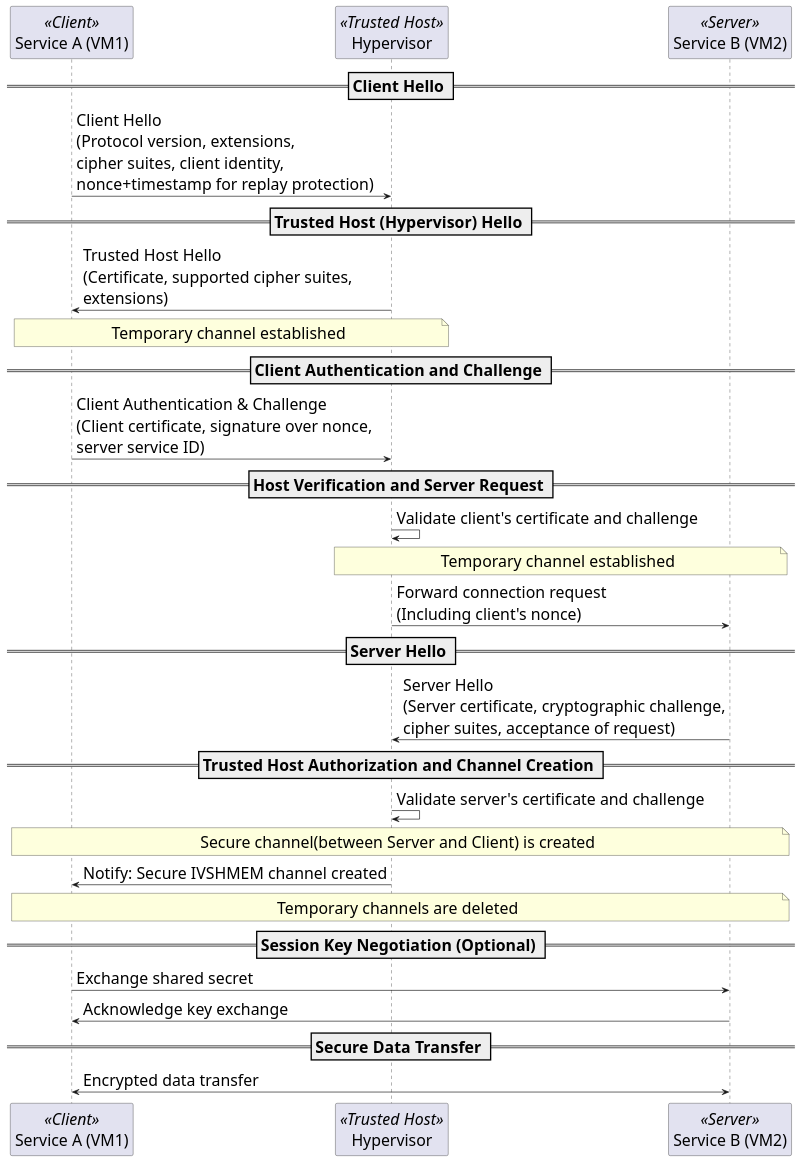
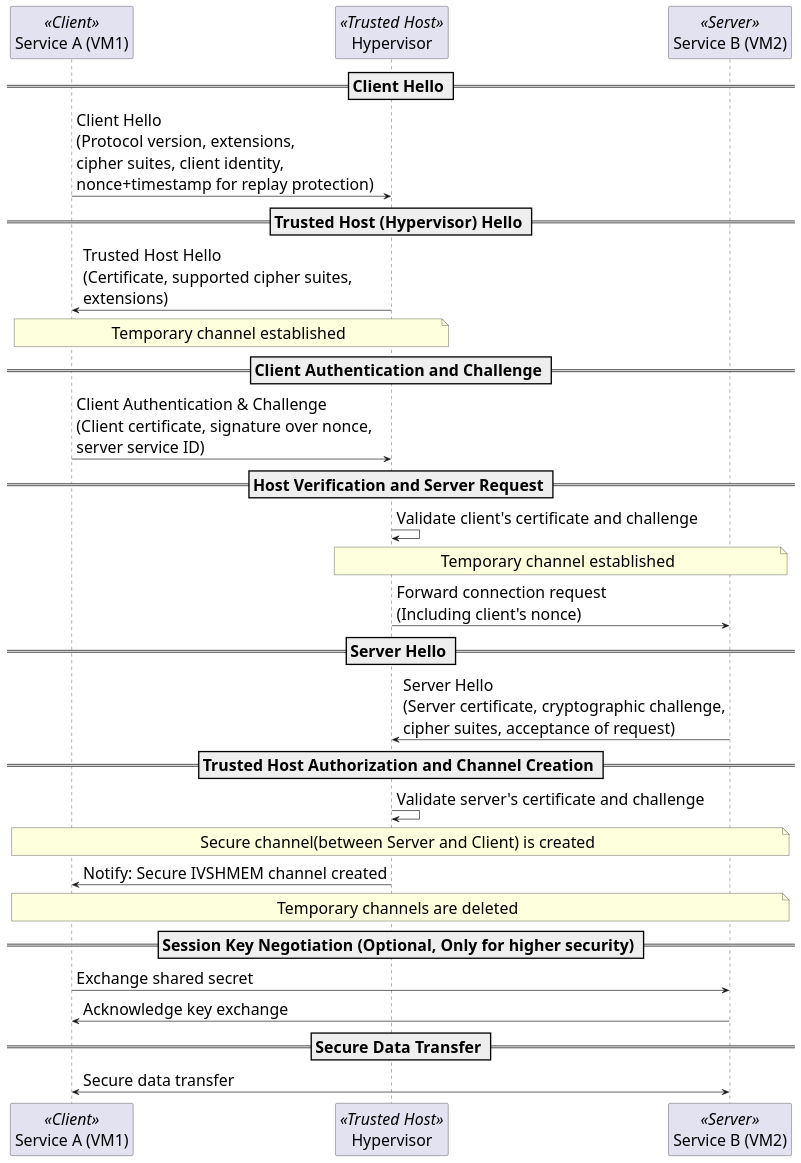
One commit to 5yearsKim/SecureIVSHMEM changed the diagram in assets/umls/secure_protocol.puml. Above: the diagram before and after it, drawn with PlantUML. The commit also changed 2 other files, not shown here.

```diff
--- a/assets/umls/secure_protocol.puml
+++ b/assets/umls/secure_protocol.puml
@@ -1,43 +1,43 @@
 @startuml Channel Protocol
 skinparam participantStyle rectangle
 skinparam defaultFontSize 24 
 
 
 participant "Service A (VM1)" as Client <<Client>>
 participant "Hypervisor" as Host <<Trusted Host>>
 participant "Service B (VM2)" as Server <<Server>>
 
 
 == Client Hello ==
 Client -> Host : Client Hello\n(Protocol version, extensions,\ncipher suites, client identity,\nnonce+timestamp for replay protection)
 
 == Trusted Host (Hypervisor) Hello ==
 Host -> Client : Trusted Host Hello\n(Certificate, supported cipher suites,\nextensions)
 note over Client,Host: Temporary channel established
 
 == Client Authentication and Challenge ==
 Client -> Host : Client Authentication & Challenge\n(Client certificate, signature over nonce,\nserver service ID)
 
 == Host Verification and Server Request ==
 Host -> Host : Validate client's certificate and challenge
 note over Host,Server: Temporary channel established
 Host -> Server : Forward connection request\n(Including client's nonce)
 
 == Server Hello ==
 Server -> Host : Server Hello\n(Server certificate, cryptographic challenge,\ncipher suites, acceptance of request)
 
 == Trusted Host Authorization and Channel Creation ==
 Host -> Host : Validate server's certificate and challenge
 note over Client,Server: Secure channel(between Server and Client) is created
 Host -> Client : Notify: Secure IVSHMEM channel created
 note over Client,Server: Temporary channels are deleted
 
-== Session Key Negotiation (Optional) ==
+== Session Key Negotiation (Optional, Only for higher security) ==
 Client -> Server : Exchange shared secret
 Server -> Client : Acknowledge key exchange
 
 == Secure Data Transfer ==
-Client <-> Server : Encrypted data transfer
+Client <-> Server : Secure data transfer
 
 
 @enduml
```
